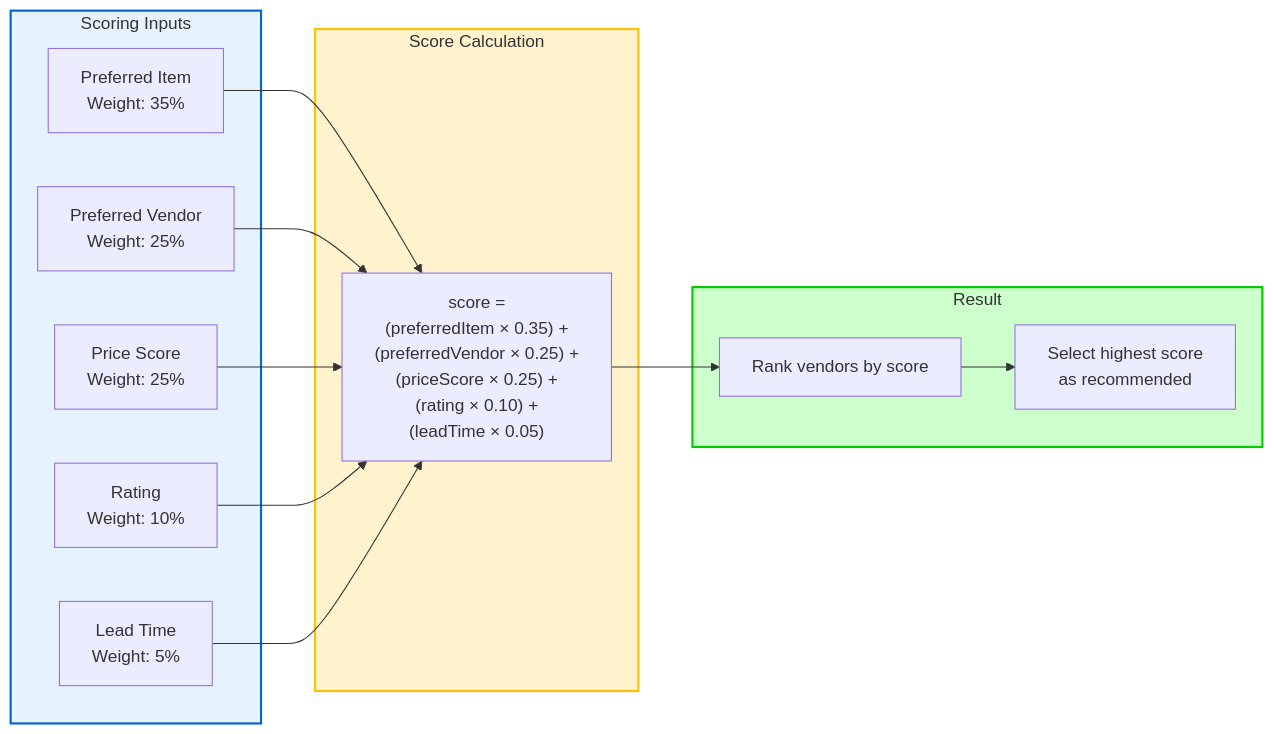
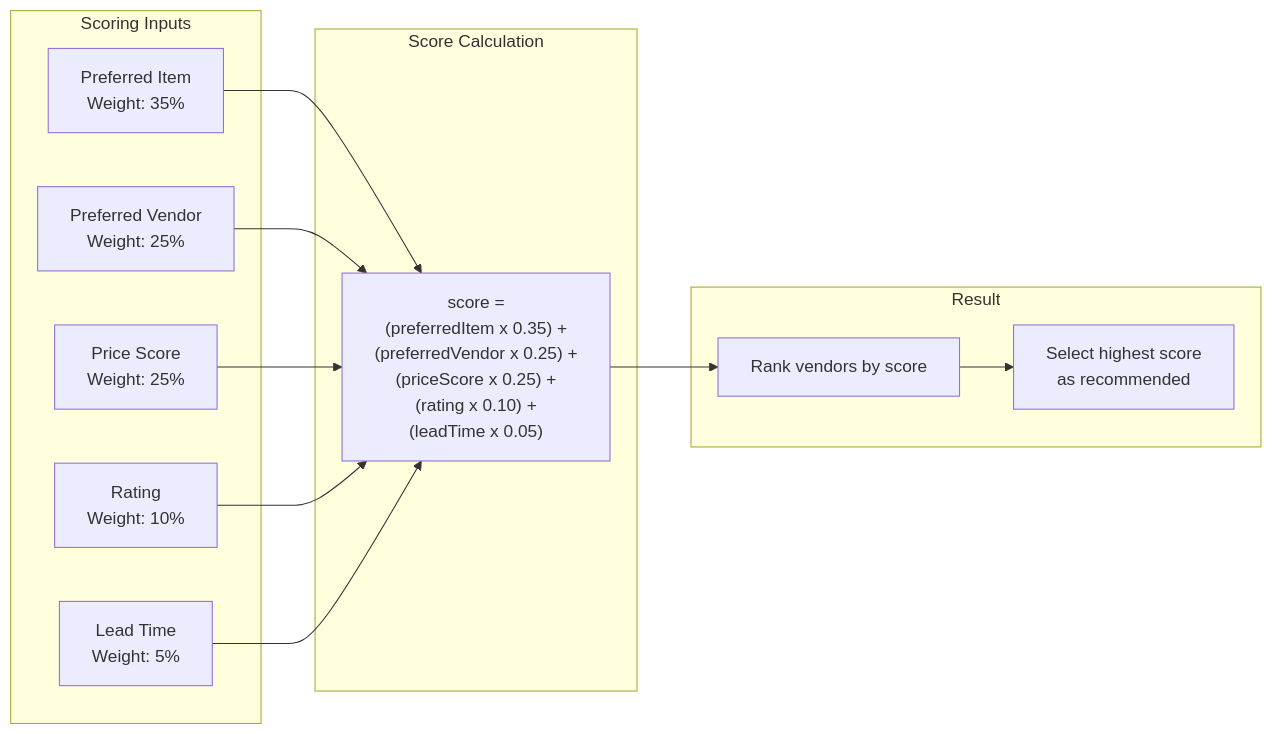
Diagram 26 of 60 in docs/app/procurement/purchase-requests/FD-purchase-requests.md (PeakMNA/carmen), drawn with Mermaid before and after one commit. The commit also changed other lines of this file and 473 other files, not shown here.

````diff
--- a/docs/app/procurement/purchase-requests/FD-purchase-requests.md
+++ b/docs/app/procurement/purchase-requests/FD-purchase-requests.md
@@ -1204,36 +1123,33 @@
 ```mermaid
 flowchart LR
     subgraph Inputs[Scoring Inputs]
         PI[Preferred Item<br>Weight: 35%]
         PV[Preferred Vendor<br>Weight: 25%]
         Price[Price Score<br>Weight: 25%]
         Rating[Rating<br>Weight: 10%]
         Lead[Lead Time<br>Weight: 5%]
     end
 
     subgraph Calculation[Score Calculation]
         Calc["score =
-        (preferredItem × 0.35) +
-        (preferredVendor × 0.25) +
-        (priceScore × 0.25) +
-        (rating × 0.10) +
-        (leadTime × 0.05)"]
+        (preferredItem x 0.35) +
+        (preferredVendor x 0.25) +
+        (priceScore x 0.25) +
+        (rating x 0.10) +
+        (leadTime x 0.05)"]
     end
 
     subgraph Output[Result]
         Rank[Rank vendors by score]
         Recommend[Select highest score<br>as recommended]
     end
 
     PI --> Calc
     PV --> Calc
     Price --> Calc
     Rating --> Calc
     Lead --> Calc
     Calc --> Rank
     Rank --> Recommend
 
-    style Inputs fill:#e6f3ff,stroke:#0066cc,stroke-width:2px
-    style Calculation fill:#fff3cd,stroke:#ffc107,stroke-width:2px
-    style Output fill:#ccffcc,stroke:#00cc00,stroke-width:2px
 ```
````
